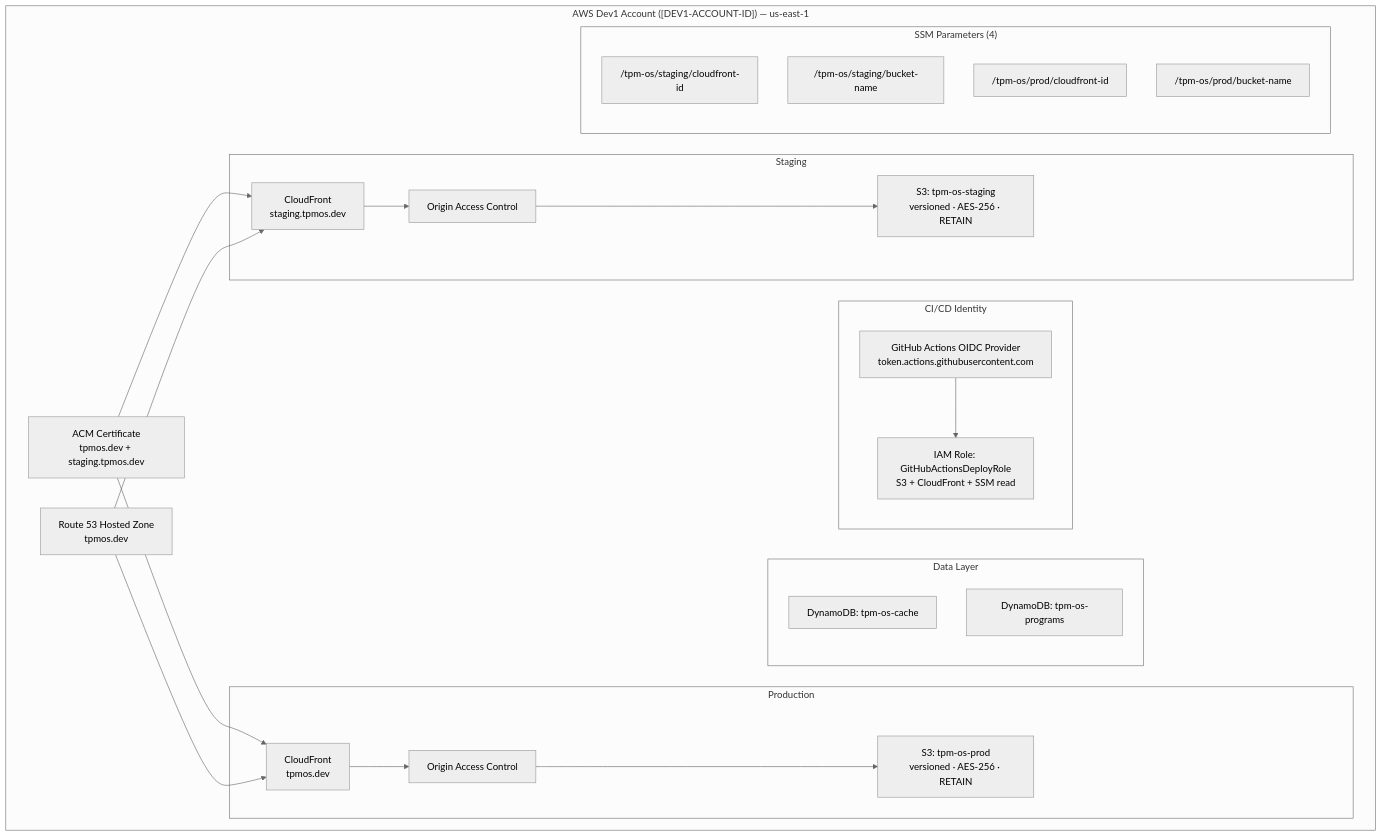
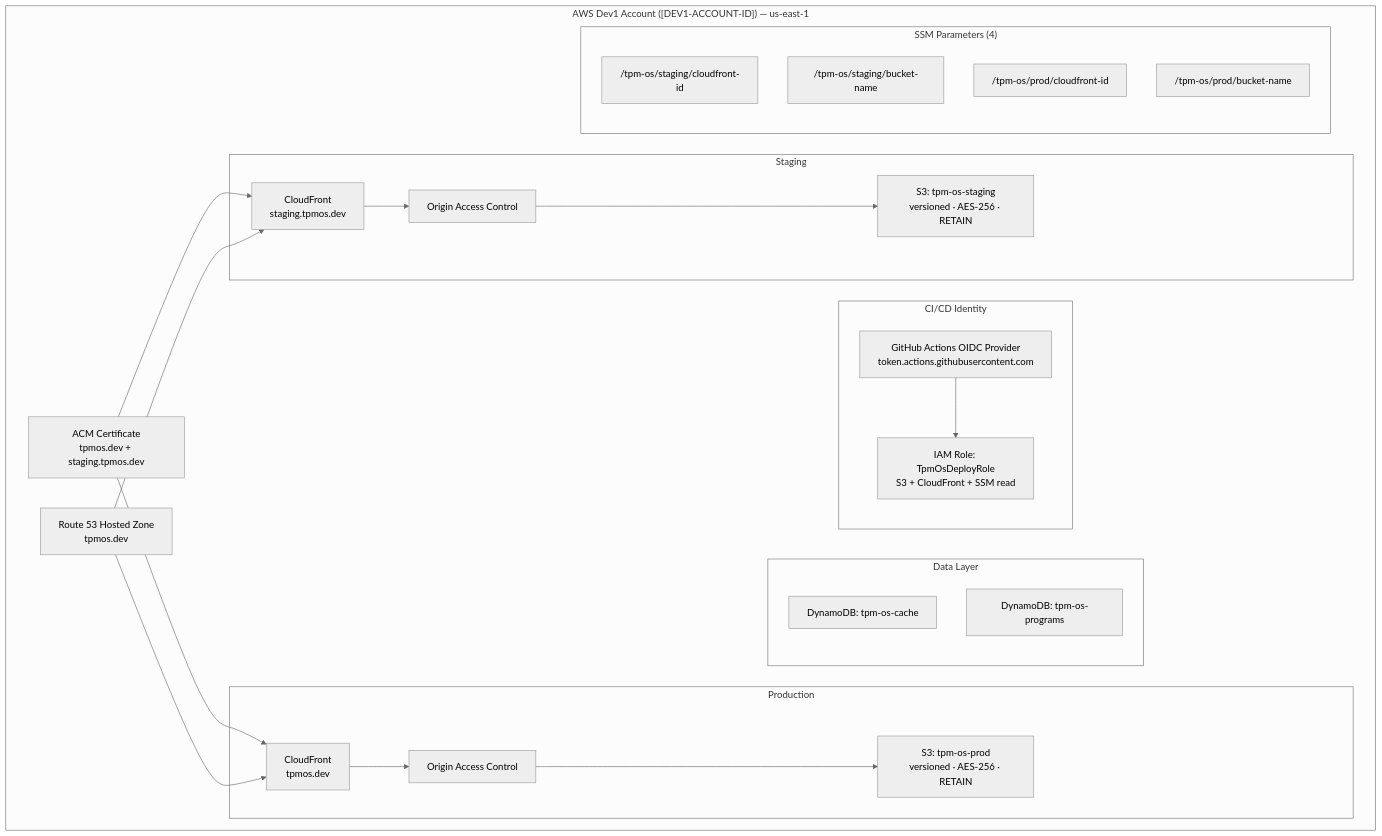
The fifth of 6 diagrams in ARCHITECTURE.md (harshul88/tpm-dashboard), drawn with Mermaid (neutral theme) before and after one commit. The commit also changed other lines of this file, not shown here.

Commit message:
security: redact AWS account IDs and resource names from public architecture doc

````diff
--- a/ARCHITECTURE.md
+++ b/ARCHITECTURE.md
@@ -244,42 +248,42 @@
 ```mermaid
 graph TD
     subgraph Dev1 ["AWS Dev1 Account ([DEV1-ACCOUNT-ID]) — us-east-1"]
         ACM["ACM Certificate\ntpmos.dev + staging.tpmos.dev"]
         R53["Route 53 Hosted Zone\ntpmos.dev"]
 
         subgraph Staging ["Staging"]
             CF_S["CloudFront\nstaging.tpmos.dev"]
             OAC_S["Origin Access Control"]
             S3_S["S3: tpm-os-staging\nversioned · AES-256 · RETAIN"]
         end
 
         subgraph Prod ["Production"]
             CF_P["CloudFront\ntpmos.dev"]
             OAC_P["Origin Access Control"]
             S3_P["S3: tpm-os-prod\nversioned · AES-256 · RETAIN"]
         end
 
         subgraph Data ["Data Layer"]
             DDB_C["DynamoDB: tpm-os-cache"]
             DDB_P["DynamoDB: tpm-os-programs"]
         end
 
         subgraph CI ["CI/CD Identity"]
             OIDC["GitHub Actions OIDC Provider\ntoken.actions.githubusercontent.com"]
-            ROLE["IAM Role: GitHubActionsDeployRole\nS3 + CloudFront + SSM read"]
+            ROLE["IAM Role: TpmOsDeployRole\nS3 + CloudFront + SSM read"]
         end
 
         subgraph SSM ["SSM Parameters (4)"]
             SSM1["/tpm-os/staging/cloudfront-id"]
             SSM2["/tpm-os/staging/bucket-name"]
             SSM3["/tpm-os/prod/cloudfront-id"]
             SSM4["/tpm-os/prod/bucket-name"]
         end
     end
 
     CF_S --> OAC_S --> S3_S
     CF_P --> OAC_P --> S3_P
     ACM --> CF_S & CF_P
     R53 --> CF_S & CF_P
     OIDC --> ROLE
 ```
````
